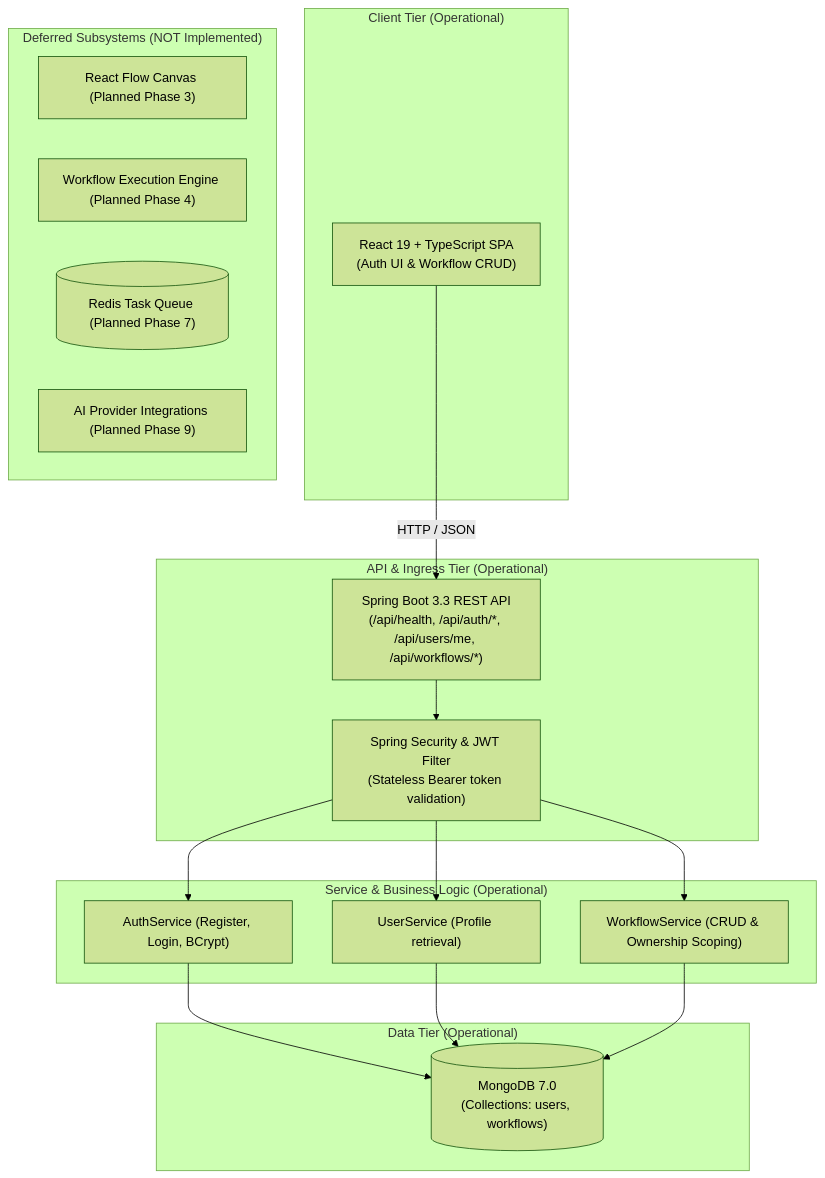
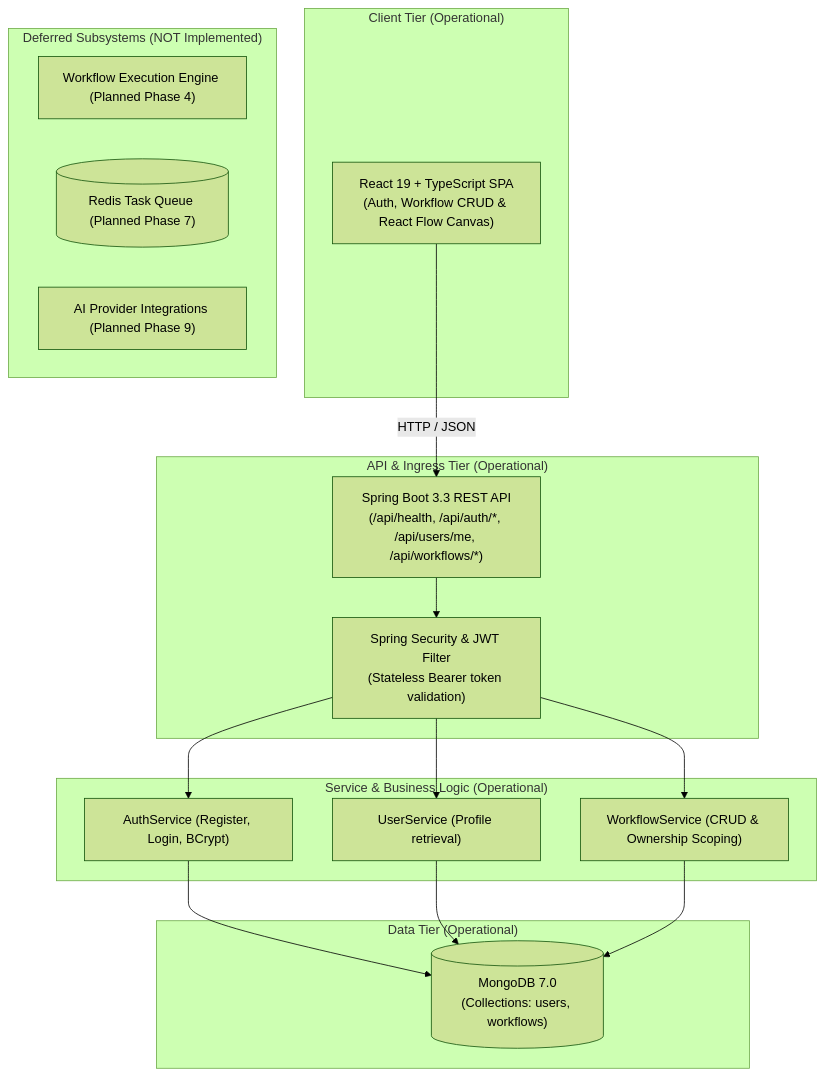
Before and after one commit to abhijeet-rx/Adonis: the diagram in ARCHITECTURE.md, drawn with Mermaid (forest theme). The commit also changed other lines of this file and 18 other files, not shown here.

Commit message:
feat: implement phase 3 visual workflow builder

````diff
--- a/ARCHITECTURE.md
+++ b/ARCHITECTURE.md
@@ -87,37 +90,36 @@
 ```mermaid
 graph TD
     subgraph Client["Client Tier (Operational)"]
-        UI["React 19 + TypeScript SPA<br/>(Auth UI & Workflow CRUD)"]
+        UI["React 19 + TypeScript SPA<br/>(Auth, Workflow CRUD & React Flow Canvas)"]
     end
 
     subgraph Gateway["API & Ingress Tier (Operational)"]
         API["Spring Boot 3.3 REST API<br/>(/api/health, /api/auth/*, /api/users/me, /api/workflows/*)"]
         AUTH["Spring Security & JWT Filter<br/>(Stateless Bearer token validation)"]
     end
 
     subgraph ServiceLayer["Service & Business Logic (Operational)"]
         AUTH_SVC["AuthService (Register, Login, BCrypt)"]
         USER_SVC["UserService (Profile retrieval)"]
         WF_SVC["WorkflowService (CRUD & Ownership Scoping)"]
     end
 
     subgraph Storage["Data Tier (Operational)"]
         MONGO[("MongoDB 7.0<br/>(Collections: users, workflows)")]
     end
 
     subgraph Deferred["Deferred Subsystems (NOT Implemented)"]
-        CANVAS["React Flow Canvas (Planned Phase 3)"]
         ENGINE["Workflow Execution Engine (Planned Phase 4)"]
         REDIS[("Redis Task Queue (Planned Phase 7)")]
         AI["AI Provider Integrations (Planned Phase 9)"]
     end
 
     UI -->|HTTP / JSON| API
     API --> AUTH
     AUTH --> AUTH_SVC
     AUTH --> USER_SVC
     AUTH --> WF_SVC
     AUTH_SVC --> MONGO
     USER_SVC --> MONGO
     WF_SVC --> MONGO
 ```
````
